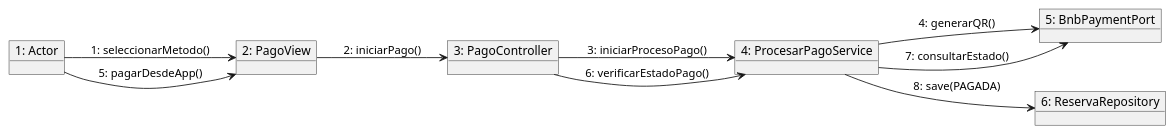
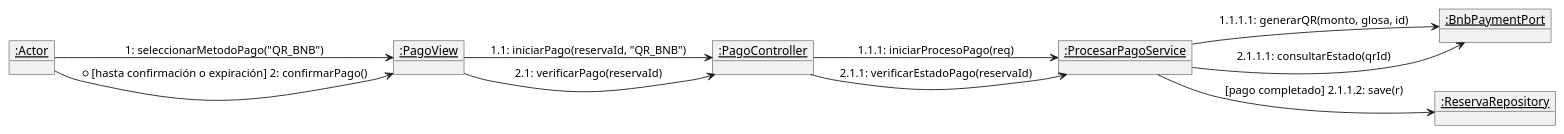
Before and after one commit to Tsmrain/GestionSistemas: diagram 14 of 36 in RefactorV4.md, drawn with PlantUML. The commit also changed other lines of this file and 1 other file, not shown here.

Commit message:
refactor: enhance UML diagrams with GRASP stereotypes, layer annotations, and updated sequence interactions.

````diff
--- a/RefactorV4.md
+++ b/RefactorV4.md
@@ -697,20 +809,22 @@
 ```plantuml
 @startuml
 left to right direction
-object "1: Actor" as Actor
-object "2: PagoView" as View
-object "3: PagoController" as Ctrl
-object "4: ProcesarPagoService" as Serv
-object "5: BnbPaymentPort" as BNB
-object "6: ReservaRepository" as Repo
+object "<u>:Actor</u>" as Actor
+object "<u>:PagoView</u>" as View
+object "<u>:PagoController</u>" as Ctrl
+object "<u>:ProcesarPagoService</u>" as Serv
+object "<u>:BnbPaymentPort</u>" as BNB
+object "<u>:ReservaRepository</u>" as Repo
 
-Actor --> View : "1: seleccionarMetodo()"
-View --> Ctrl : "2: iniciarPago()"
-Ctrl --> Serv : "3: iniciarProcesoPago()"
-Serv --> BNB : "4: generarQR()"
-Actor --> View : "5: pagarDesdeApp()"
-Ctrl --> Serv : "6: verificarEstadoPago()"
-Serv --> BNB : "7: consultarEstado()"
-Serv --> Repo : "8: save(PAGADA)"
+Actor --> View : 1: seleccionarMetodoPago("QR_BNB")
+View --> Ctrl : 1.1: iniciarPago(reservaId, "QR_BNB")
+Ctrl --> Serv : 1.1.1: iniciarProcesoPago(req)
+Serv --> BNB : 1.1.1.1: generarQR(monto, glosa, id)
+
+Actor --> View : * [hasta confirmación o expiración] 2: confirmarPago()
+View --> Ctrl : 2.1: verificarPago(reservaId)
+Ctrl --> Serv : 2.1.1: verificarEstadoPago(reservaId)
+Serv --> BNB : 2.1.1.1: consultarEstado(qrId)
+Serv --> Repo : [pago completado] 2.1.1.2: save(r)
 @enduml
 ```
````
